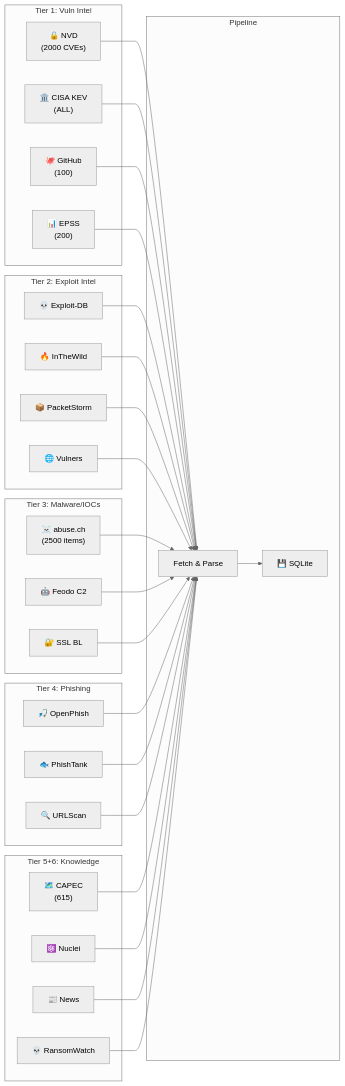
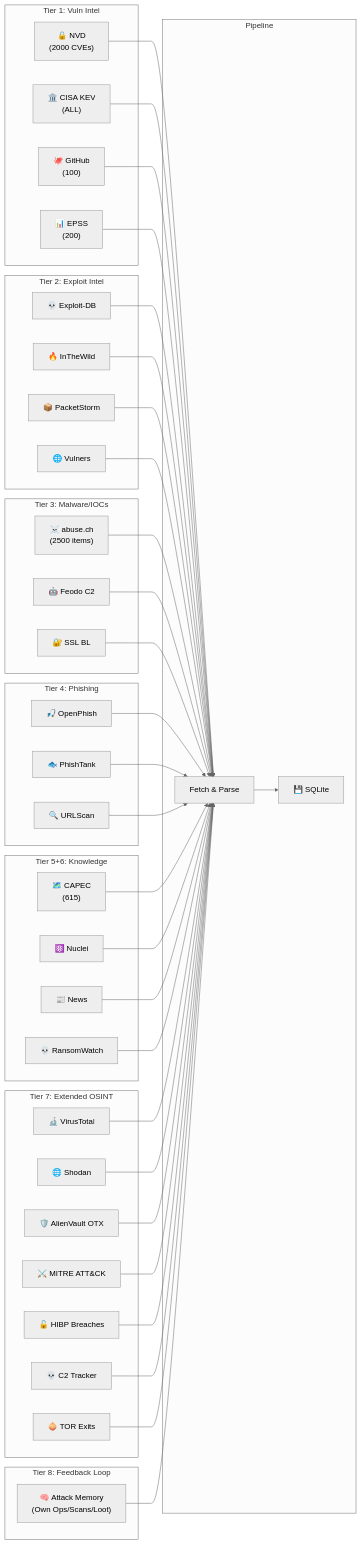
Before and after one commit to ABINAYAN-HUB/Cyber-Security-Agentic-Framework: the ninth of 15 diagrams in ARCHITECTURE.md, drawn with Mermaid (neutral theme). The commit also changed other lines of this file and 5 other files, not shown here.

First line of the commit message:
🧠 28+ Intel Sources: VirusTotal, Shodan, OTX, MITRE ATT&CK, HIBP, C2 Tracker, TOR + Attack Memory Feedback Loop

````diff
--- a/ARCHITECTURE.md
+++ b/ARCHITECTURE.md
@@ -576,47 +576,64 @@
 ```mermaid
 flowchart LR
     subgraph "Tier 1: Vuln Intel"
         NVD["🔒 NVD<br/>(2000 CVEs)"]
         CISA["🏛️ CISA KEV<br/>(ALL)"]
         GH["🐙 GitHub<br/>(100)"]
         EPSS["📊 EPSS<br/>(200)"]
     end
 
     subgraph "Tier 2: Exploit Intel"
         EDB["💀 Exploit-DB"]
         ITW["🔥 InTheWild"]
         PS["📦 PacketStorm"]
         VLN["🌐 Vulners"]
     end
 
     subgraph "Tier 3: Malware/IOCs"
         ABUSE["☠️ abuse.ch<br/>(2500 items)"]
         FEODO["🤖 Feodo C2"]
         SSLBL["🔐 SSL BL"]
     end
 
     subgraph "Tier 4: Phishing"
         OPHISH["🎣 OpenPhish"]
         PTANK["🐟 PhishTank"]
         USCAN["🔍 URLScan"]
     end
 
     subgraph "Tier 5+6: Knowledge"
         CAPEC["🗺️ CAPEC<br/>(615)"]
         NUCLEI["⚛️ Nuclei"]
         HN["📰 News"]
         RANSOM["💀 RansomWatch"]
     end
 
+    subgraph "Tier 7: Extended OSINT"
+        VT["🔬 VirusTotal"]
+        SHODAN["🌐 Shodan"]
+        OTX["🛡️ AlienVault OTX"]
+        ATTACK["⚔️ MITRE ATT&CK"]
+        HIBP["🔓 HIBP Breaches"]
+        C2["💀 C2 Tracker"]
+        TOR["🧅 TOR Exits"]
+    end
+
+    subgraph "Tier 8: Feedback Loop"
+        ATKMEM["🧠 Attack Memory<br/>(Own Ops/Scans/Loot)"]
+    end
+
     subgraph "Pipeline"
         FETCH["Fetch & Parse"]
         DB["💾 SQLite"]
     end
 
     NVD & CISA & GH & EPSS --> FETCH
     EDB & ITW & PS & VLN --> FETCH
     ABUSE & FEODO & SSLBL --> FETCH
     OPHISH & PTANK & USCAN --> FETCH
     CAPEC & NUCLEI & HN & RANSOM --> FETCH
+    VT & SHODAN & OTX & ATTACK --> FETCH
+    HIBP & C2 & TOR --> FETCH
+    ATKMEM --> FETCH
     FETCH --> DB
 ```
````
